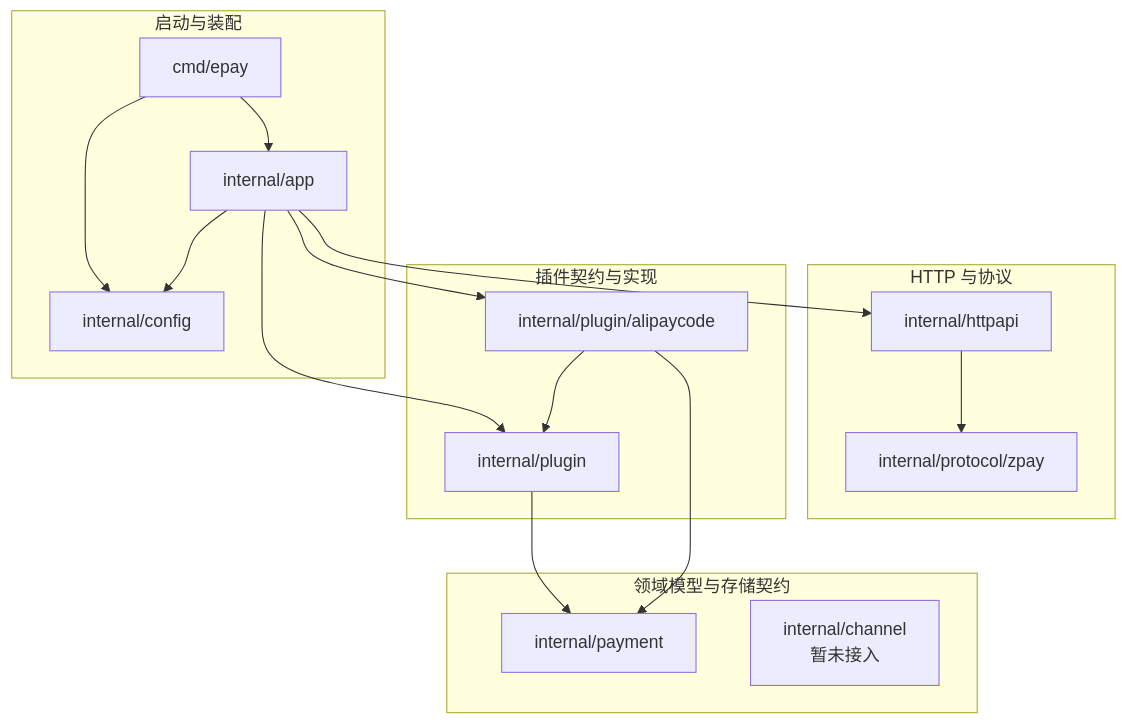
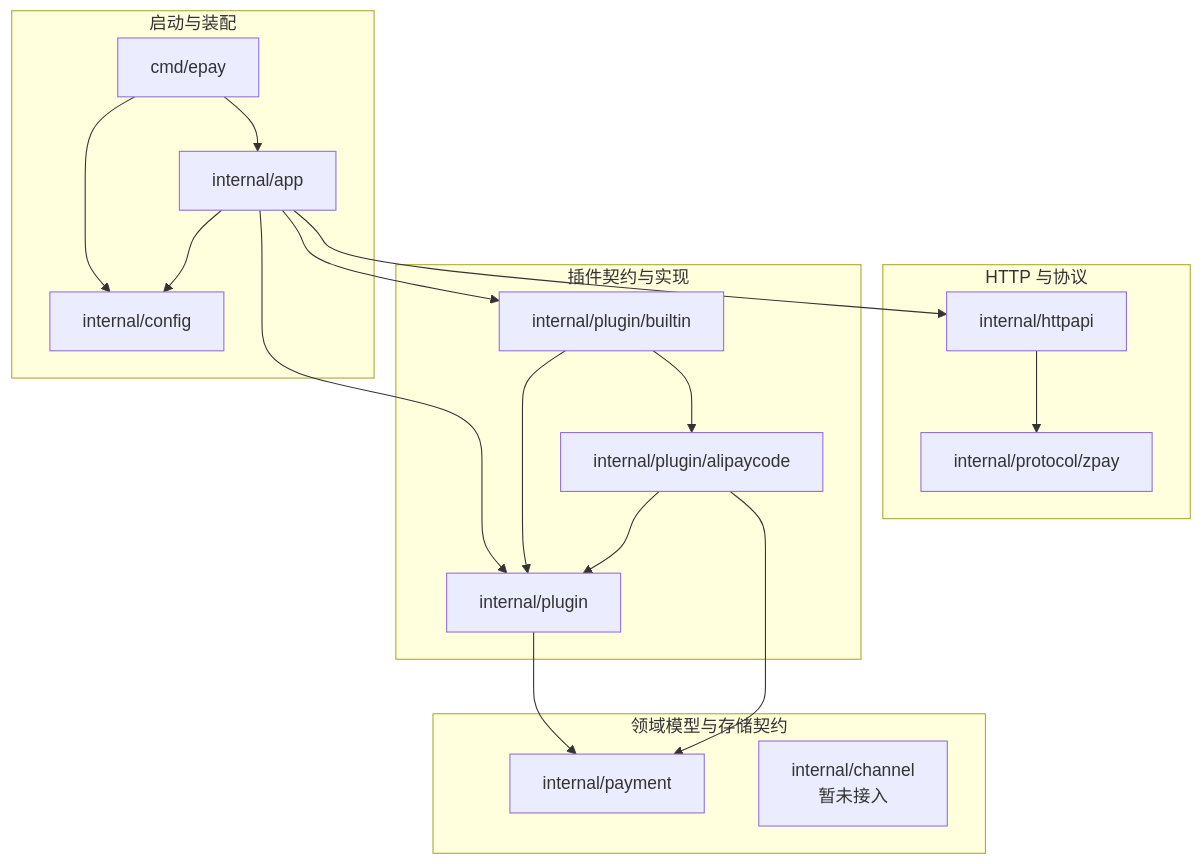
Before and after one commit to forza0310/Epay-go: the first of 2 diagrams in docs/architecture.md, drawn with Mermaid. The commit also changed other lines of this file and 11 other files, not shown here.

````diff
--- a/docs/architecture.md
+++ b/docs/architecture.md
@@ -28,34 +30,37 @@
 ```mermaid
 flowchart TB
     subgraph Bootstrap["启动与装配"]
         Main["cmd/epay"]
         App["internal/app"]
         Config["internal/config"]
     end
 
     subgraph HTTP["HTTP 与协议"]
         Handler["internal/httpapi"]
         Zpay["internal/protocol/zpay"]
     end
 
     subgraph Plugins["插件契约与实现"]
         Registry["internal/plugin"]
+        Builtin["internal/plugin/builtin"]
         Alipaycode["internal/plugin/alipaycode"]
     end
 
     subgraph Domain["领域模型与存储契约"]
         Payment["internal/payment"]
         Channel["internal/channel<br/>暂未接入"]
     end
 
     Main --> App
     Main --> Config
     App --> Config
     App --> Handler
     App --> Registry
-    App --> Alipaycode
+    App --> Builtin
+    Builtin --> Registry
+    Builtin --> Alipaycode
     Handler --> Zpay
     Registry --> Payment
     Alipaycode --> Registry
     Alipaycode --> Payment
 ```
````
